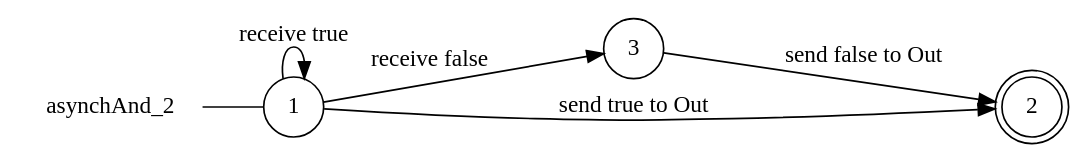
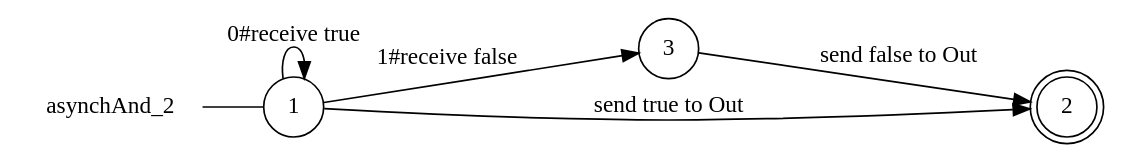
One commit to gabrielegenovese/chorer changed the diagram in examples/cauder_suite/purchase/asynchAnd_2_local_view.dot. Above: the diagram before and after it, drawn with Graphviz. The commit also changed 60 other files, not shown here.

```diff
--- a/examples/cauder_suite/purchase/asynchAnd_2_local_view.dot
+++ b/examples/cauder_suite/purchase/asynchAnd_2_local_view.dot
@@ -1,13 +1,13 @@
 digraph asynchAnd_2 {
 	rankdir="LR";
 	n_0 [label="asynchAnd_2", shape="plaintext"];
 	n_1 [id="1", shape=circle, label="1"];
 	n_0 -> n_1 [arrowhead=none];
 	n_2 [id="2", shape=circle, label="3"];
 	n_3 [id="3", shape=doublecircle, label="2"];
 
 	n_2 -> n_3 [id="[$e|9]", label="send false to Out"];
-	n_1 -> n_2 [id="[$e|3]", label="receive false"];
-	n_1 -> n_1 [id="[$e|7]", label="receive true"];
+	n_1 -> n_2 [id="[$e|5]", label="1#receive false"];
+	n_1 -> n_1 [id="[$e|7]", label="0#receive true"];
 	n_1 -> n_3 [id="[$e|0]", label="send true to Out"];
 }
```
